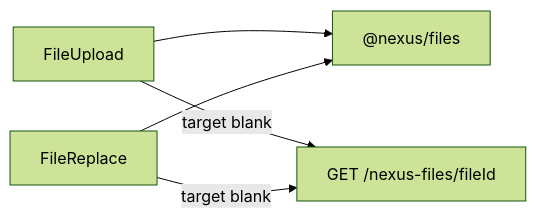
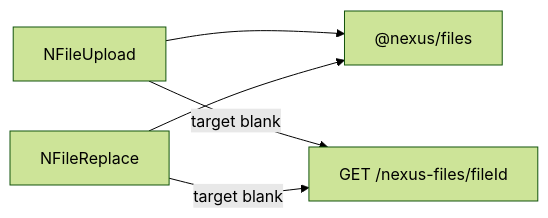
One commit to kasgarally/ik-nexus changed the diagram in packages/ui/README.md. Above: the diagram before and after it, drawn with Mermaid (forest theme). The commit also changed other lines of this file and 27 other files, not shown here.

````diff
--- a/packages/ui/README.md
+++ b/packages/ui/README.md
@@ -145,11 +155,11 @@
 ```mermaid
 flowchart LR
-  upload["FileUpload"]
-  replace["FileReplace"]
+  upload["NFileUpload"]
+  replace["NFileReplace"]
   files["@nexus/files"]
   tab["GET /nexus-files/fileId"]
   upload --> files
   replace --> files
   upload -->|"target blank"| tab
   replace -->|"target blank"| tab
 ```
````
